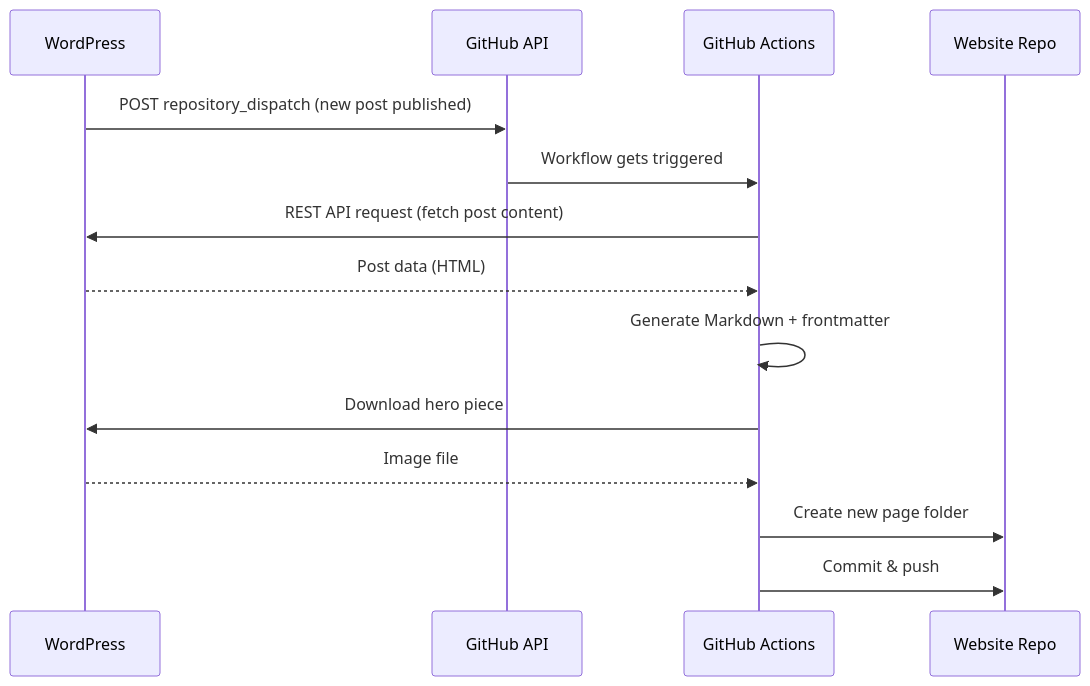
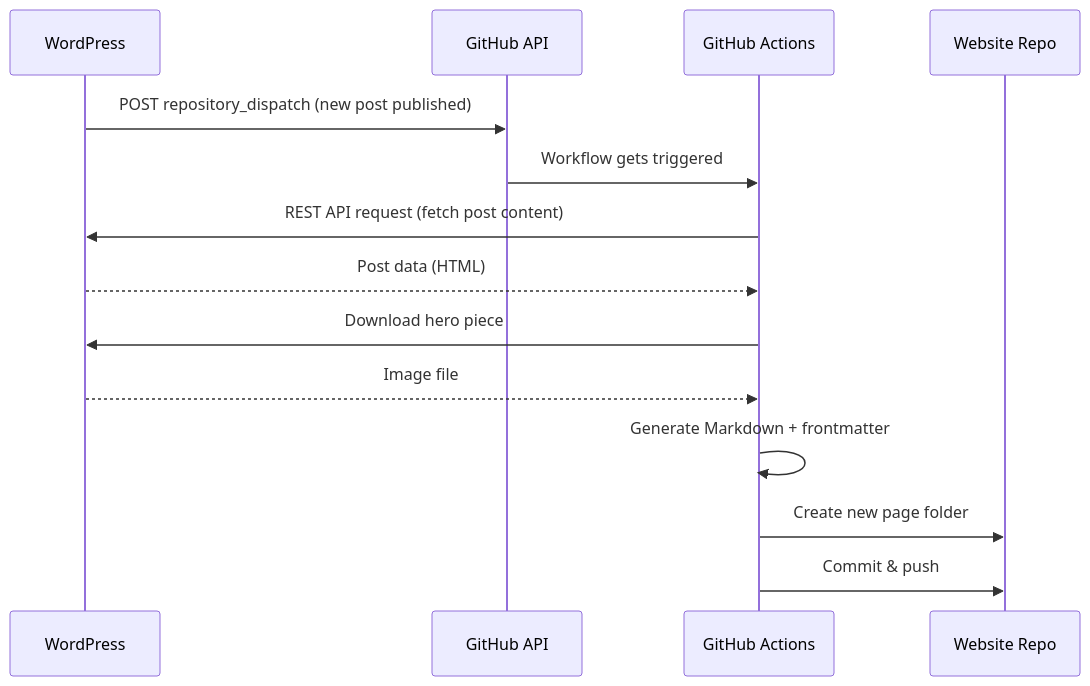
One commit to grahanoi/wp-api-client changed the diagram in pipeline.md. Above: the diagram before and after it, drawn with Mermaid. The commit also changed other lines of this file, not shown here.

Commit message:
fix pipeline documentation; correct sequence of Markdown generation

````diff
--- a/pipeline.md
+++ b/pipeline.md
@@ -1,17 +1,17 @@
 ```mermaid
 sequenceDiagram
     participant WP as WordPress
     participant GH as GitHub API
     participant GA as GitHub Actions
     participant Repo as Website Repo
 
     WP->>GH: POST repository_dispatch (new post published)
     GH->>GA: Workflow gets triggered
     GA->>WP: REST API request (fetch post content)
     WP-->>GA: Post data (HTML)
-    GA->>GA: Generate Markdown + frontmatter
     GA->>WP: Download hero piece
     WP-->>GA: Image file
+    GA->>GA: Generate Markdown + frontmatter
     GA->>Repo: Create new page folder
     GA->>Repo: Commit & push
 ```
````
